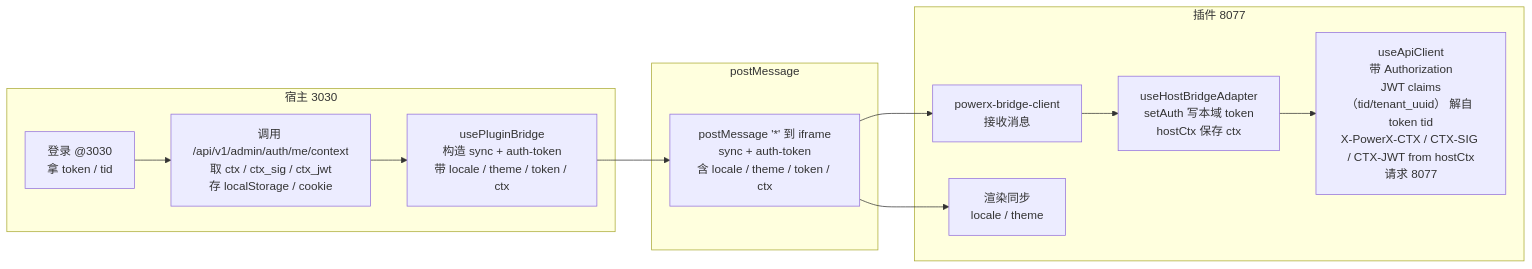
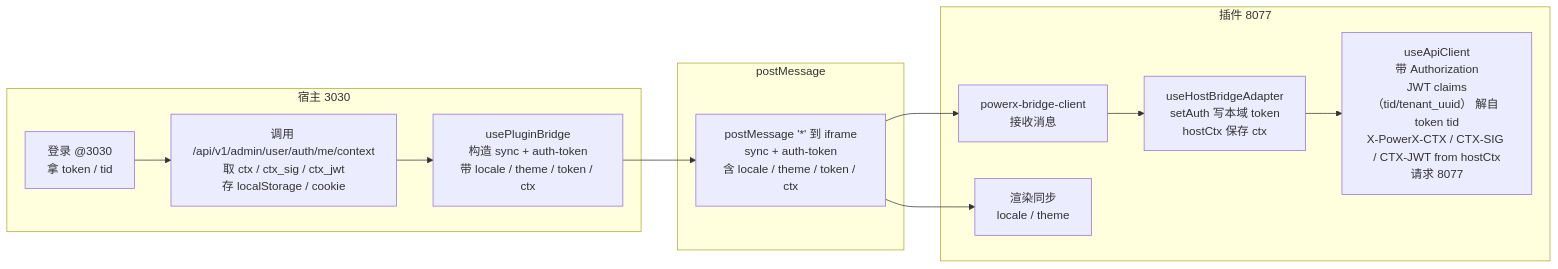
One commit to ArtisanCloud/PowerX changed the diagram in docs/guides/plugin_release/application_runbook.md. Above: the diagram before and after it, drawn with Mermaid. The commit also changed other lines of this file and 55 other files, not shown here.

````diff
--- a/docs/guides/plugin_release/application_runbook.md
+++ b/docs/guides/plugin_release/application_runbook.md
@@ -176,19 +177,19 @@
 ```mermaid
 flowchart LR
   subgraph Host[宿主 3030]
     H1[登录 @3030<br>拿 token / tid]
-    H2[调用 /api/v1/admin/auth/me/context<br>取 ctx / ctx_sig / ctx_jwt<br>存 localStorage / cookie]
+    H2[调用 /api/v1/admin/user/auth/me/context<br>取 ctx / ctx_sig / ctx_jwt<br>存 localStorage / cookie]
     H3[usePluginBridge<br>构造 sync + auth-token<br>带 locale / theme / token / ctx]
   end
   subgraph Bridge[postMessage]
     M[postMessage '*' 到 iframe<br>sync + auth-token<br>含 locale / theme / token / ctx]
   end
   subgraph Plugin[插件 8077]
     P1[powerx-bridge-client<br>接收消息]
     P2[useHostBridgeAdapter<br>setAuth 写本域 token<br>hostCtx 保存 ctx]
     P3[useApiClient<br>带 Authorization<br>JWT claims（tid/tenant_uuid） 解自 token tid<br>X-PowerX-CTX / CTX-SIG / CTX-JWT from hostCtx<br>请求 8077]
     P4[渲染同步<br>locale / theme]
   end
   H1 --> H2 --> H3 --> M --> P1 --> P2 --> P3
   M --> P4
 ```
````
